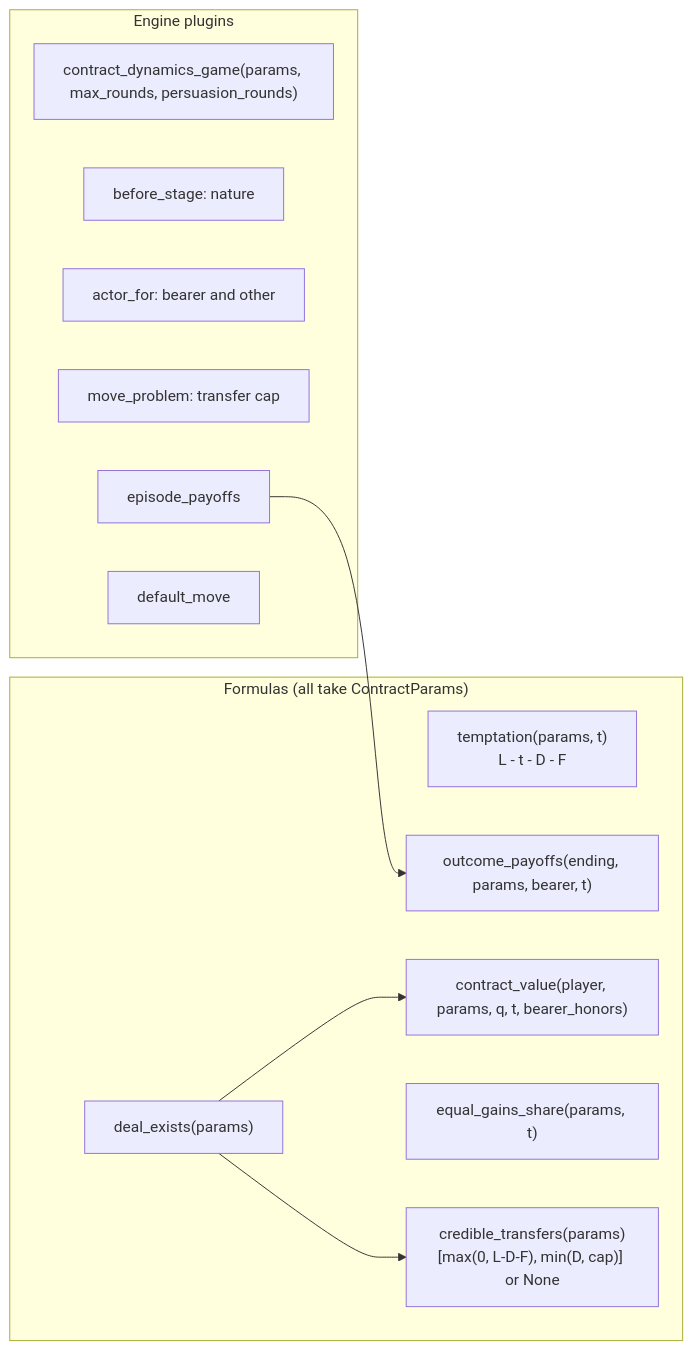
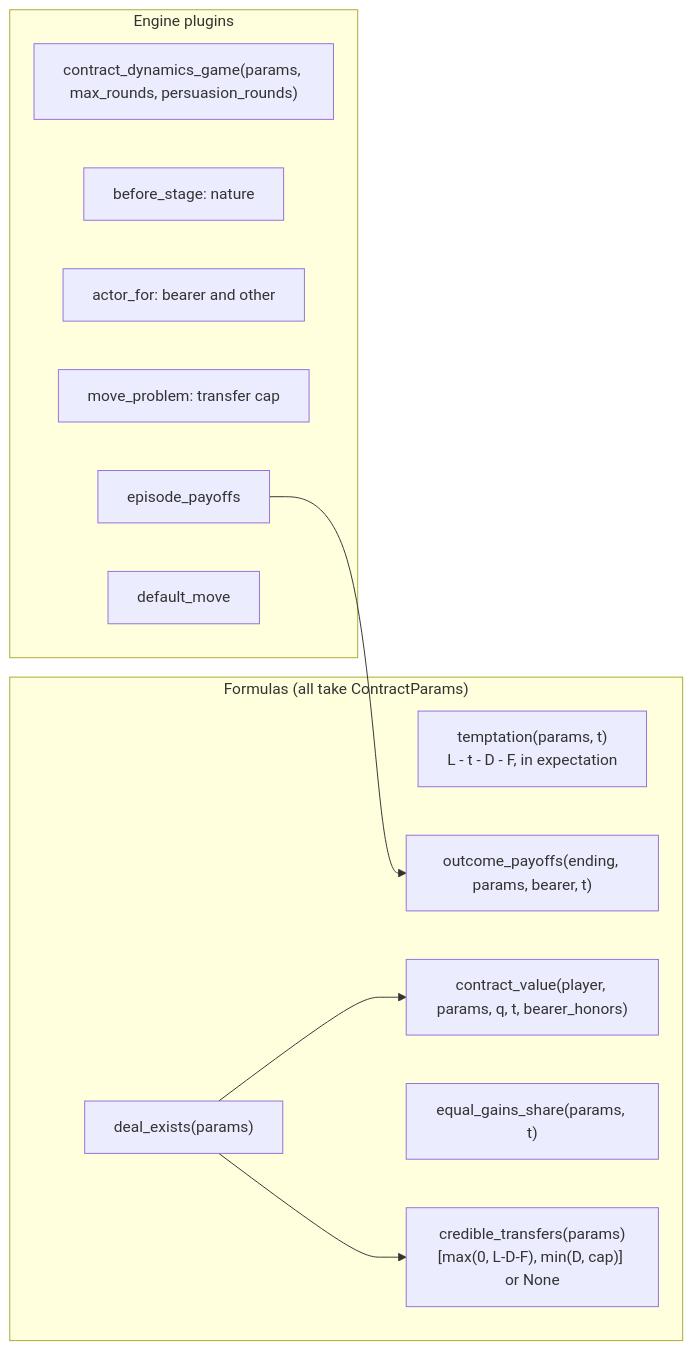
One commit to CarlosGIbanez/SPAR-Harness-Strategic-Interaction-Agents changed the tenth of 15 diagrams in docs/architecture.md. Above: the diagram before and after it, drawn with Mermaid. The commit also changed other lines of this file and 1 other file, not shown here.

Commit message:
Update README and architecture.md to reflect new unification

````diff
--- a/docs/architecture.md
+++ b/docs/architecture.md
@@ -435,22 +464,22 @@
 ```mermaid
 flowchart LR
     subgraph Math["Formulas (all take ContractParams)"]
-        tm["temptation(params, t)<br/>L - t - D - F"]
+        tm["temptation(params, t)<br/>L - t - D - F, in expectation"]
         op2["outcome_payoffs(ending, params, bearer, t)"]
         cv["contract_value(player, params, q, t, bearer_honors)"]
         eg["equal_gains_share(params, t)"]
         ct["credible_transfers(params)<br/>[max(0, L-D-F), min(D, cap)] or None"]
         de["deal_exists(params)"]
     end
     subgraph Plugins["Engine plugins"]
         gs2["contract_dynamics_game(params, max_rounds, persuasion_rounds)"]
         bs["before_stage: nature"]
         af["actor_for: bearer and other"]
         mpb["move_problem: transfer cap"]
         ep2["episode_payoffs"]
         dm2["default_move"]
     end
     de --> ct
     de --> cv
     ep2 --> op2
 ```
````
